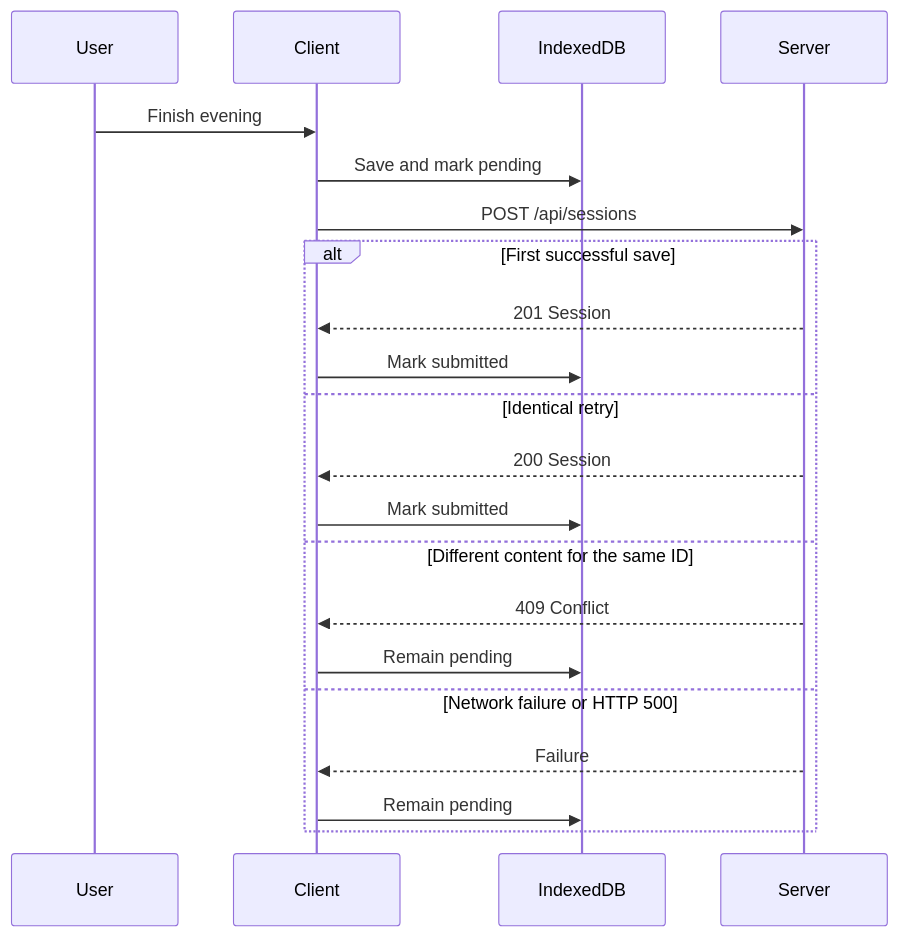
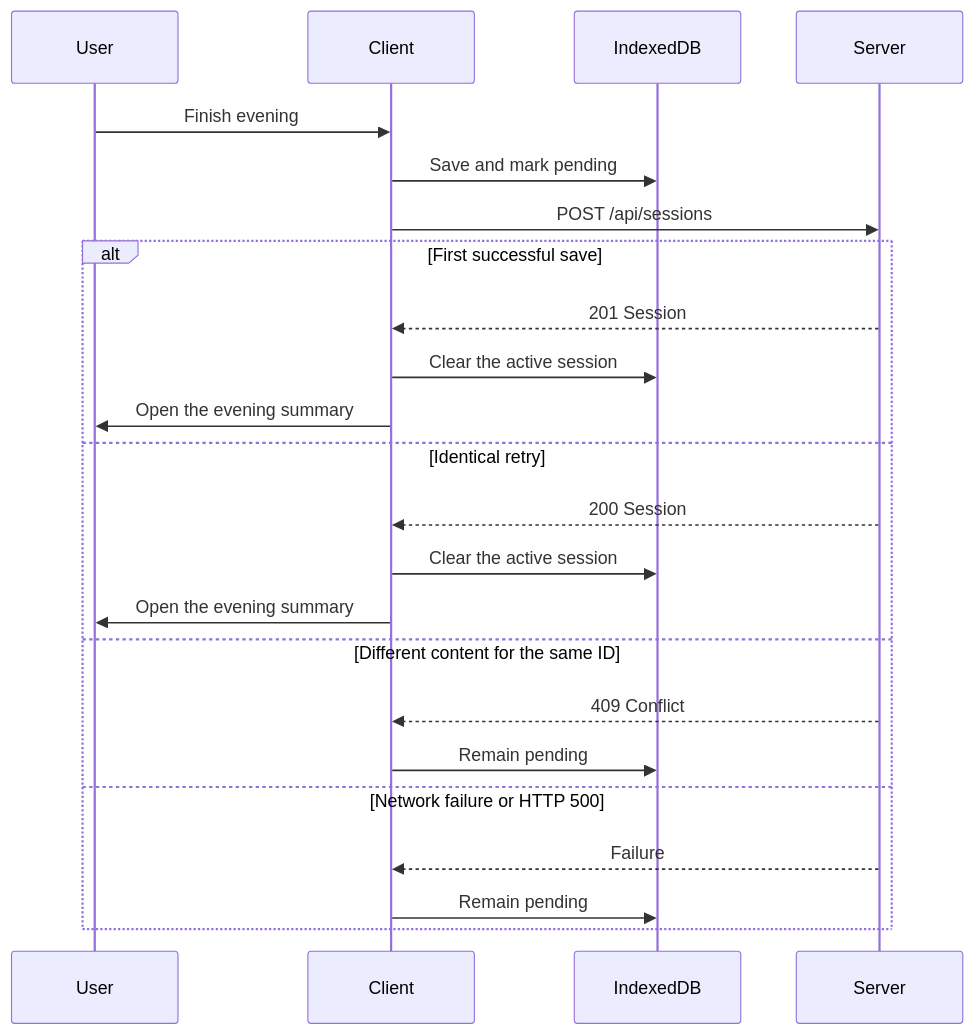
Before and after one commit to smatsri/poket-tracker: the third of 3 diagrams in docs/architecture.md, drawn with Mermaid. The commit also changed other lines of this file and 10 other files, not shown here.

First line of the commit message:
feat: open the summary after a confirmed evening close

````diff
--- a/docs/architecture.md
+++ b/docs/architecture.md
@@ -82,23 +81,25 @@
 ```mermaid
 sequenceDiagram
   participant User
   participant Client
   participant IDB as IndexedDB
   participant API as Server
   User->>Client: Finish evening
   Client->>IDB: Save and mark pending
   Client->>API: POST /api/sessions
   alt First successful save
     API-->>Client: 201 Session
-    Client->>IDB: Mark submitted
+    Client->>IDB: Clear the active session
+    Client->>User: Open the evening summary
   else Identical retry
     API-->>Client: 200 Session
-    Client->>IDB: Mark submitted
+    Client->>IDB: Clear the active session
+    Client->>User: Open the evening summary
   else Different content for the same ID
     API-->>Client: 409 Conflict
     Client->>IDB: Remain pending
   else Network failure or HTTP 500
     API-->>Client: Failure
     Client->>IDB: Remain pending
   end
 ```
````
